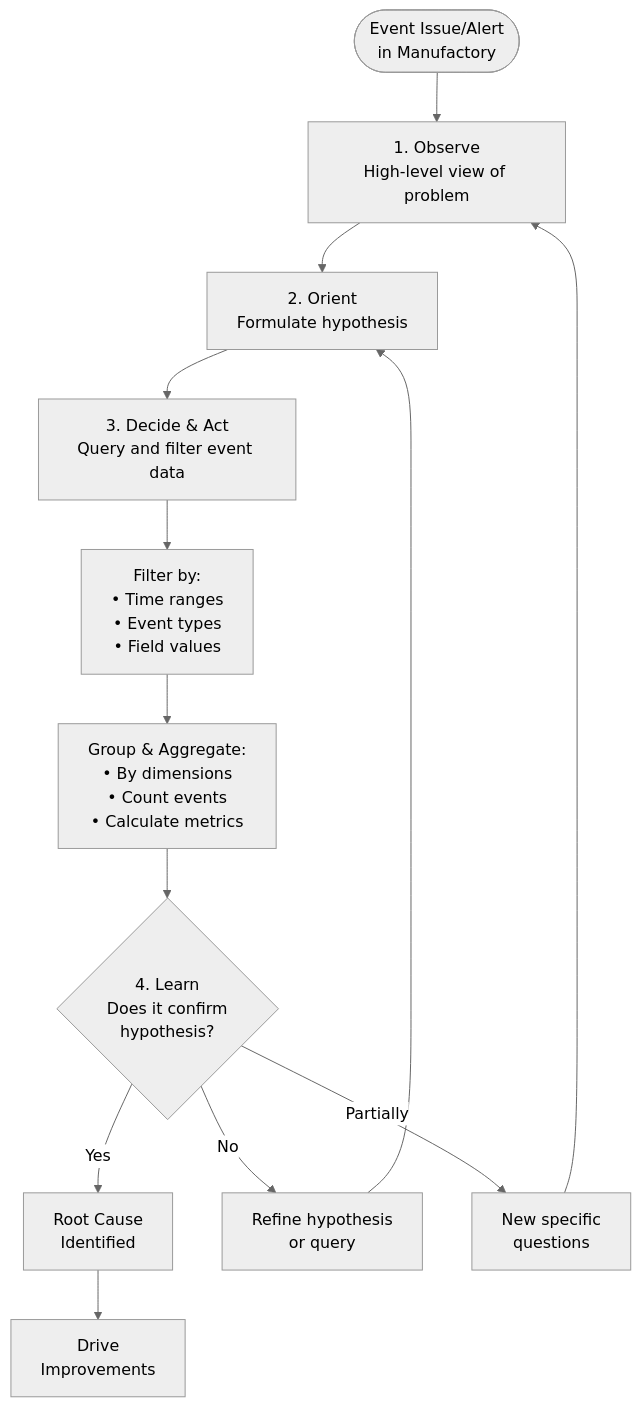
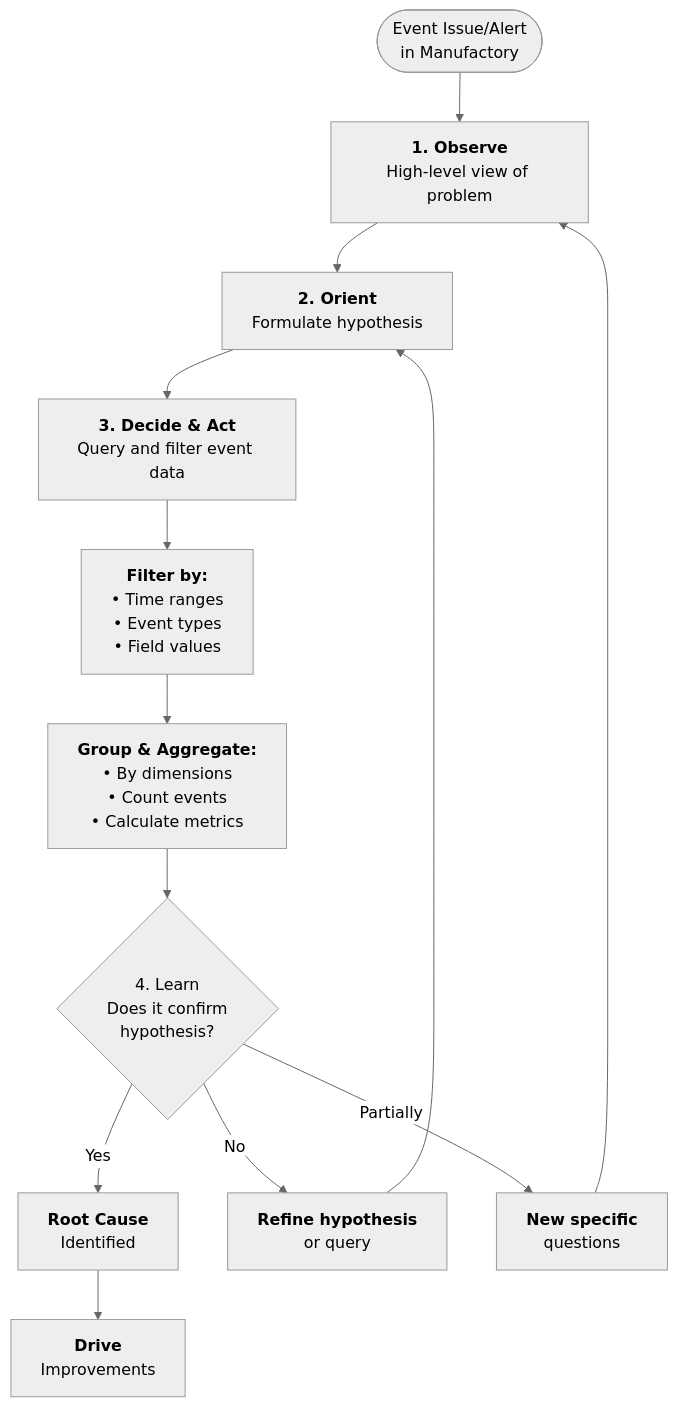
One commit to tallyfy/documentation changed the diagram in src/content/docs/manufactory/best-practices/analyzing-events-and-deriving-insights.mdx. Above: the diagram before and after it, drawn with Mermaid (neutral theme). The commit also changed 22 other files, not shown here.

Commit message:
Adding changes to Mermaid

````diff
--- a/src/content/docs/manufactory/best-practices/analyzing-events-and-deriving-insights.mdx
+++ b/src/content/docs/manufactory/best-practices/analyzing-events-and-deriving-insights.mdx
@@ -42,26 +42,39 @@
 ```mermaid
 flowchart TD
-    Start([Event Issue/Alert<br/>in Manufactory]) --> Observe[1. Observe<br/>High-level view of problem]
+    Start([Event Issue/Alert<br/>in Manufactory]) --> Observe["`**1. Observe**
+High-level view of problem`"]
     
-    Observe --> Orient[2. Orient<br/>Formulate hypothesis]
+    Observe --> Orient["`**2. Orient**
+Formulate hypothesis`"]
     
-    Orient --> Decide[3. Decide & Act<br/>Query and filter event data]
+    Orient --> Decide["`**3. Decide & Act**
+Query and filter event data`"]
     
-    Decide --> Filter[Filter by:<br/>• Time ranges<br/>• Event types<br/>• Field values]
+    Decide --> Filter["`**Filter by:**
+• Time ranges
+• Event types
+• Field values`"]
     
-    Filter --> Group[Group & Aggregate:<br/>• By dimensions<br/>• Count events<br/>• Calculate metrics]
+    Filter --> Group["`**Group & Aggregate:**
+• By dimensions
+• Count events
+• Calculate metrics`"]
     
     Group --> Learn{4. Learn<br/>Does it confirm<br/>hypothesis?}
     
-    Learn -->|Yes| Answer[Root Cause<br/>Identified]
-    Learn -->|No| Refine[Refine hypothesis<br/>or query]
+    Learn -->|"`Yes`"| Answer["`**Root Cause**
+Identified`"]
+    Learn -->|"`No`"| Refine["`**Refine hypothesis**
+or query`"]
     
     Refine --> Orient
-    Learn -->|Partially| Deeper[New specific<br/>questions]
+    Learn -->|"`Partially`"| Deeper["`**New specific**
+questions`"]
     Deeper --> Observe
     
-    Answer --> Action[Drive<br/>Improvements]
+    Answer --> Action["`**Drive**
+Improvements`"]
     
     click Filter "/products/manufactory/best-practices/understanding-structured-events/" "Learn about structured events"
     click Action "#from-analysis-to-action" "Jump to action items"
 ```
````
